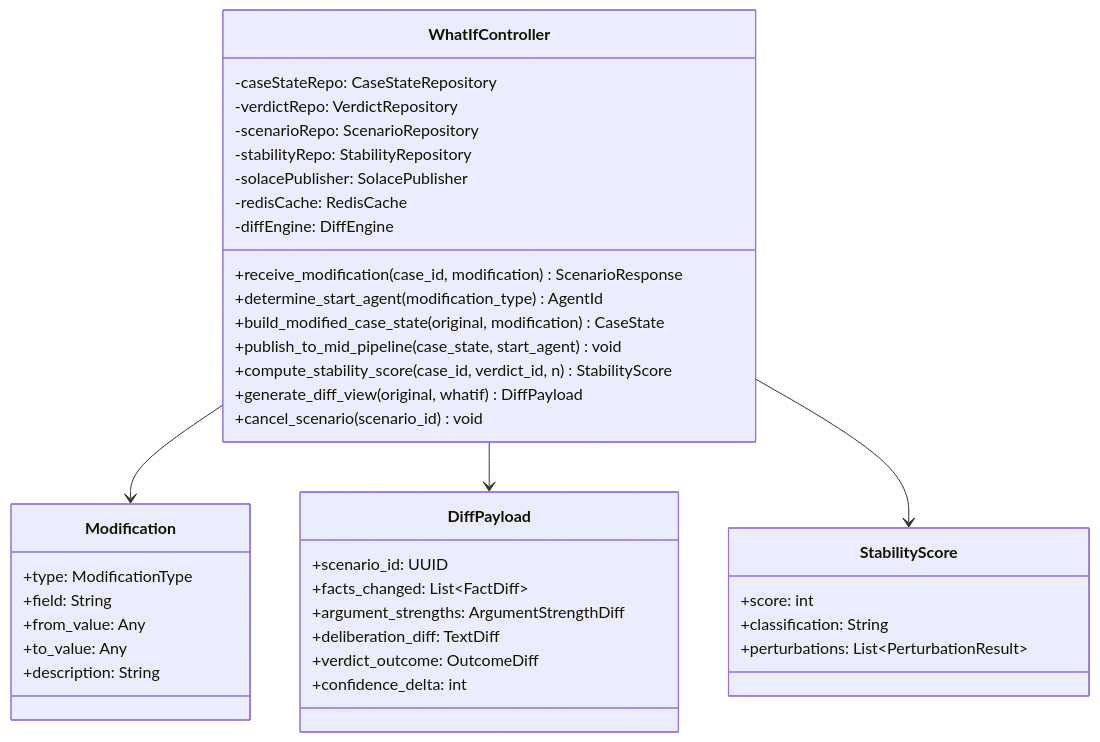
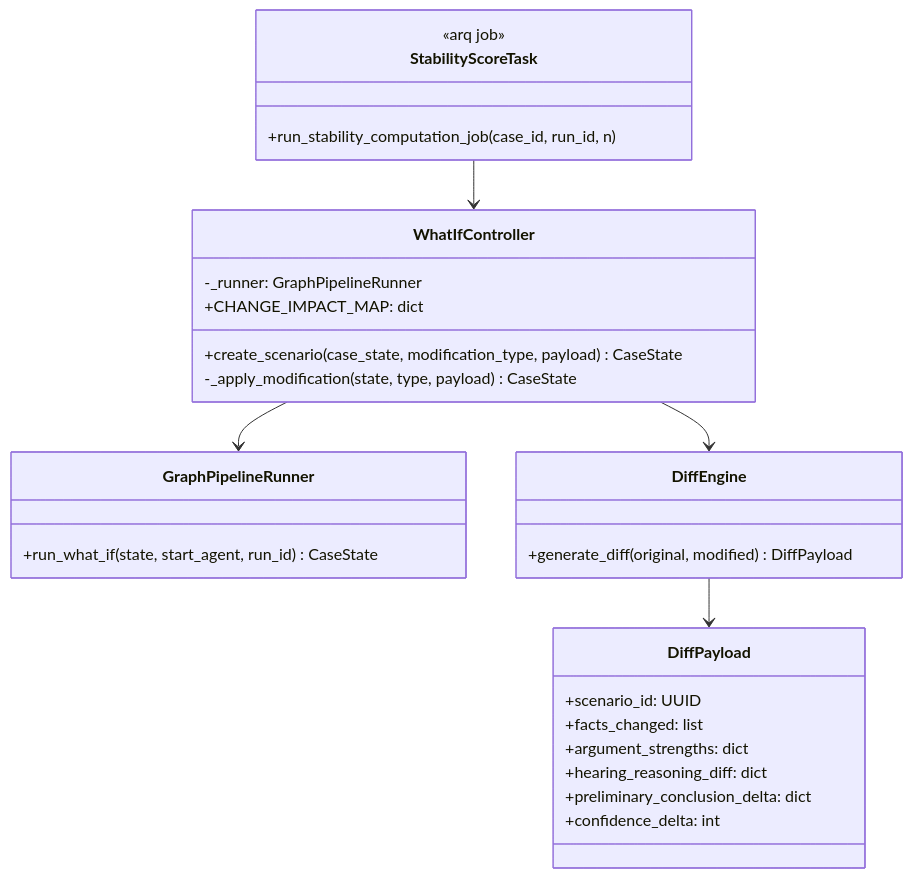
Before and after one commit to ShashankBagda/VerdictCouncil_Backend: the third of 3 diagrams in docs/architecture/07-contestable-judgment-mode.md, drawn with Mermaid. The commit also changed other lines of this file and 8 other files, not shown here.

First line of the commit message:
docs: rewrite architecture docs for LangGraph stack

````diff
--- a/docs/architecture/07-contestable-judgment-mode.md
+++ b/docs/architecture/07-contestable-judgment-mode.md
@@ -335,46 +381,36 @@
 ```mermaid
 classDiagram
     class WhatIfController {
-        -caseStateRepo: CaseStateRepository
-        -verdictRepo: VerdictRepository
-        -scenarioRepo: ScenarioRepository
-        -stabilityRepo: StabilityRepository
-        -solacePublisher: SolacePublisher
-        -redisCache: RedisCache
-        -diffEngine: DiffEngine
-        +receive_modification(case_id, modification) ScenarioResponse
-        +determine_start_agent(modification_type) AgentId
-        +build_modified_case_state(original, modification) CaseState
-        +publish_to_mid_pipeline(case_state, start_agent) void
-        +compute_stability_score(case_id, verdict_id, n) StabilityScore
-        +generate_diff_view(original, whatif) DiffPayload
-        +cancel_scenario(scenario_id) void
+        -_runner: GraphPipelineRunner
+        +create_scenario(case_state, modification_type, payload) CaseState
+        -_apply_modification(state, type, payload) CaseState
+        +CHANGE_IMPACT_MAP: dict
     }
 
-    class Modification {
-        +type: ModificationType
-        +field: String
-        +from_value: Any
-        +to_value: Any
-        +description: String
+    class GraphPipelineRunner {
+        +run_what_if(state, start_agent, run_id) CaseState
+    }
+
+    class DiffEngine {
+        +generate_diff(original, modified) DiffPayload
     }
 
     class DiffPayload {
         +scenario_id: UUID
-        +facts_changed: List~FactDiff~
-        +argument_strengths: ArgumentStrengthDiff
-        +deliberation_diff: TextDiff
-        +verdict_outcome: OutcomeDiff
+        +facts_changed: list
+        +argument_strengths: dict
+        +hearing_reasoning_diff: dict
+        +preliminary_conclusion_delta: dict
         +confidence_delta: int
     }
 
-    class StabilityScore {
-        +score: int
-        +classification: String
-        +perturbations: List~PerturbationResult~
+    class StabilityScoreTask {
+        <<arq job>>
+        +run_stability_computation_job(case_id, run_id, n)
     }
 
-    WhatIfController --> Modification
-    WhatIfController --> DiffPayload
-    WhatIfController --> StabilityScore
+    WhatIfController --> GraphPipelineRunner
+    WhatIfController --> DiffEngine
+    StabilityScoreTask --> WhatIfController
+    DiffEngine --> DiffPayload
 ```
````
